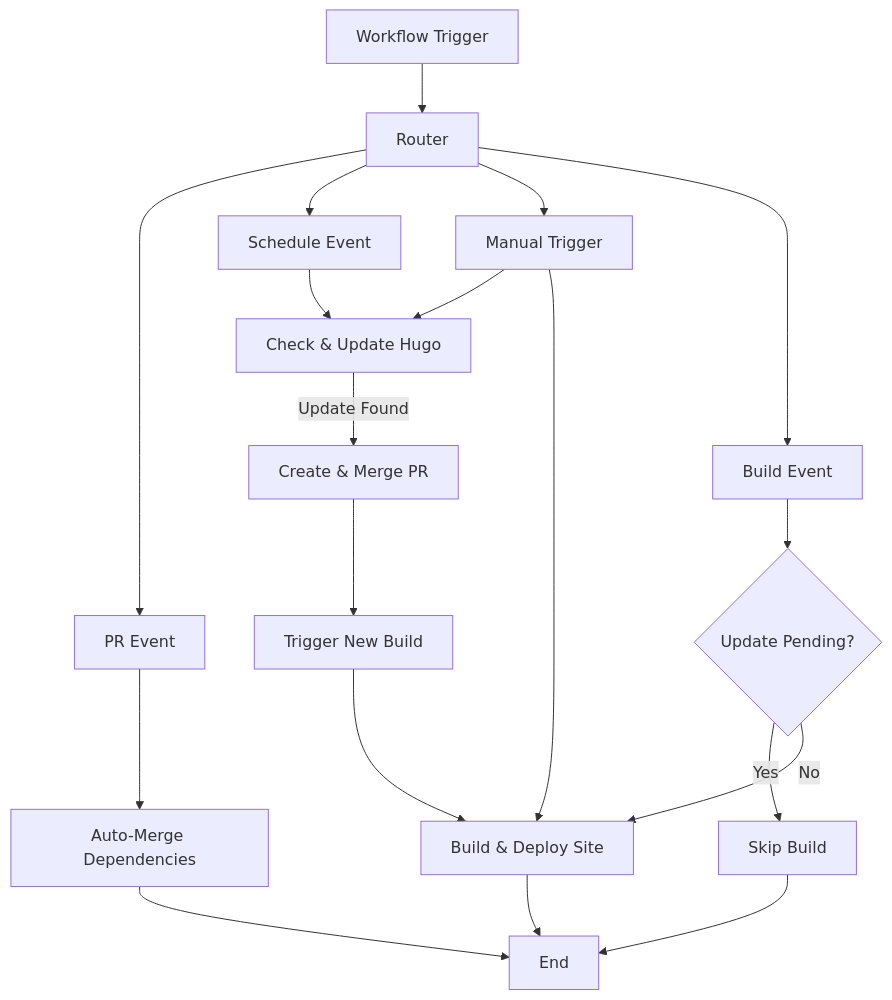
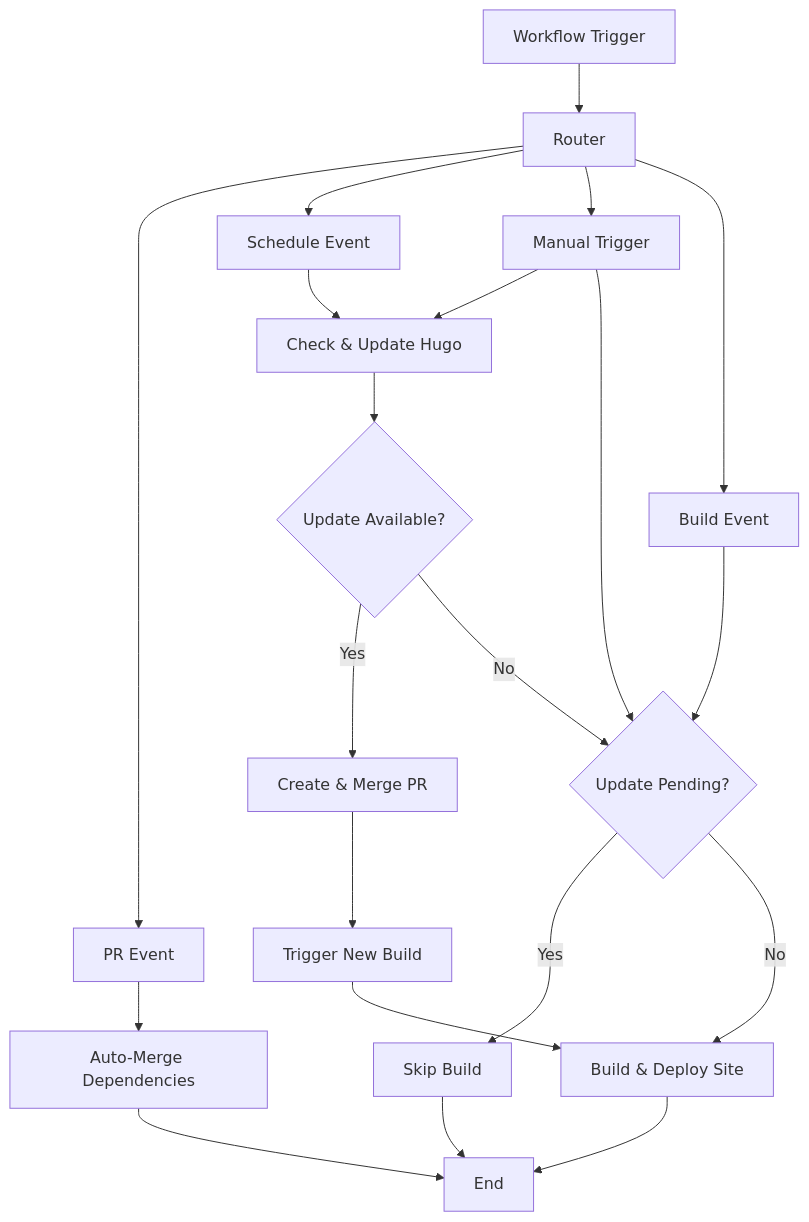
Before and after one commit to chriopter/hugo-autopilot: the diagram in README.md, drawn with Mermaid.

Commit message:
Small commit

````diff
--- a/README.md
+++ b/README.md
@@ -16,27 +16,30 @@
 ```mermaid
 flowchart TD
     Start[Workflow Trigger] --> Router[Router]
     
     Router --> PR[PR Event]
     Router --> Schedule[Schedule Event]
     Router --> Manual[Manual Trigger]
     Router --> Build[Build Event]
     
     PR --> Automerge[Auto-Merge Dependencies]
     Schedule --> UpdateCheck[Check & Update Hugo]
     Manual --> UpdateCheck
-    Manual --> BuildSite
     
-    UpdateCheck -->|Update Found| CreatePR[Create & Merge PR]
+    UpdateCheck --> NeedsUpdate{Update Available?}
+    NeedsUpdate -->|Yes| CreatePR[Create & Merge PR]
+    NeedsUpdate -->|No| CheckPending
+    
     CreatePR --> TriggerBuild[Trigger New Build]
     
     Build --> CheckPending{Update Pending?}
     CheckPending -->|Yes| Skip[Skip Build]
     CheckPending -->|No| BuildSite[Build & Deploy Site]
     
+    Manual --> CheckPending
     TriggerBuild --> BuildSite
     
     Automerge --> End[End]
     Skip --> End
     BuildSite --> End
 ```
````
